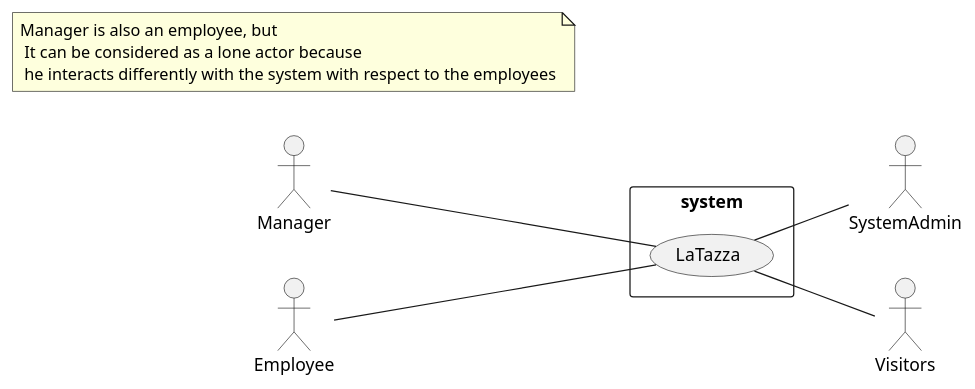
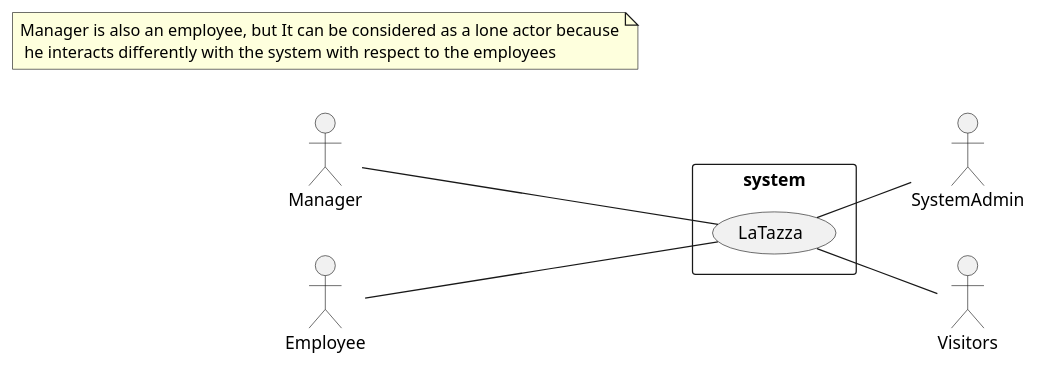
The diagram in project/Context_Diagram_and_Interfaces.md (salvatore-dimartino/LaTazza), drawn with PlantUML before and after one commit.

````diff
--- a/project/Context_Diagram_and_Interfaces.md
+++ b/project/Context_Diagram_and_Interfaces.md
@@ -5,25 +5,25 @@
 ```plantuml
 @startuml
 
 left to right direction
 
 skinparam packageStyle rectangle
 
 actor Manager as m
 actor Employee as e
 actor SystemAdmin as sa
 actor Visitors as v
 
 rectangle system {
 	(LaTazza) as l
 }
 
 m -- l
 e -- l
 l -- sa
 l -- v 
 
-note "Manager is also an employee, but \n It can be considered as a lone actor because\n he interacts differently with the system with respect to the employees" as n
+note "Manager is also an employee, but It can be considered as a lone actor because\n he interacts differently with the system with respect to the employees" as n
 
 @enduml
 ```
````
